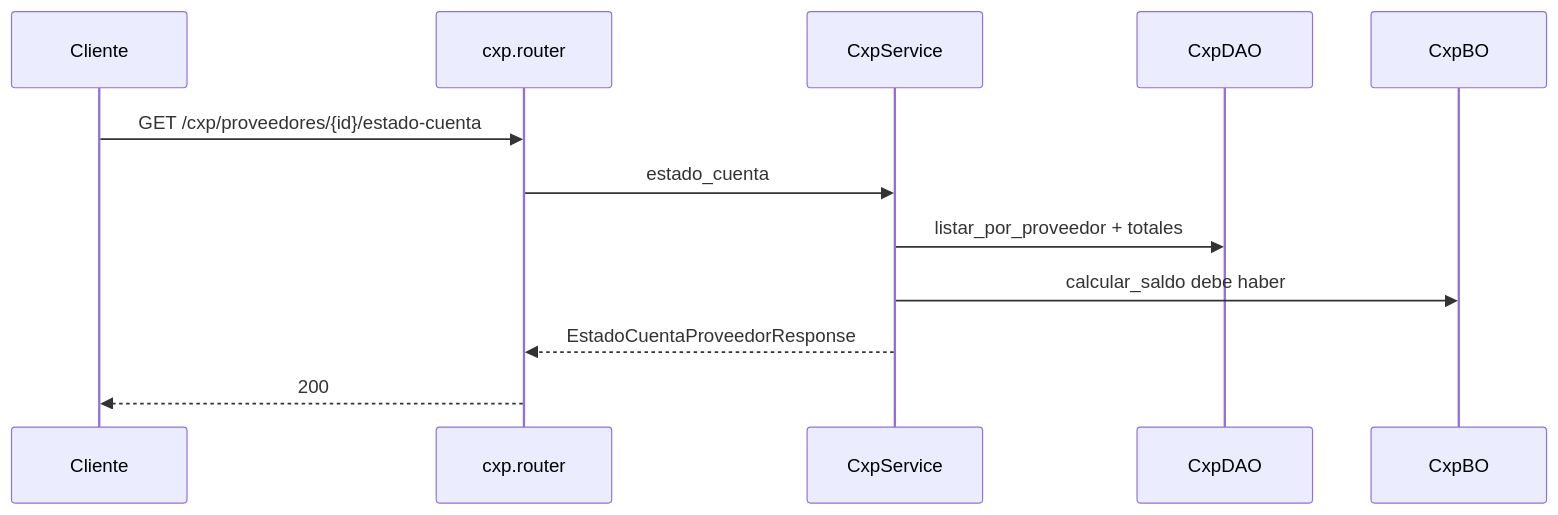
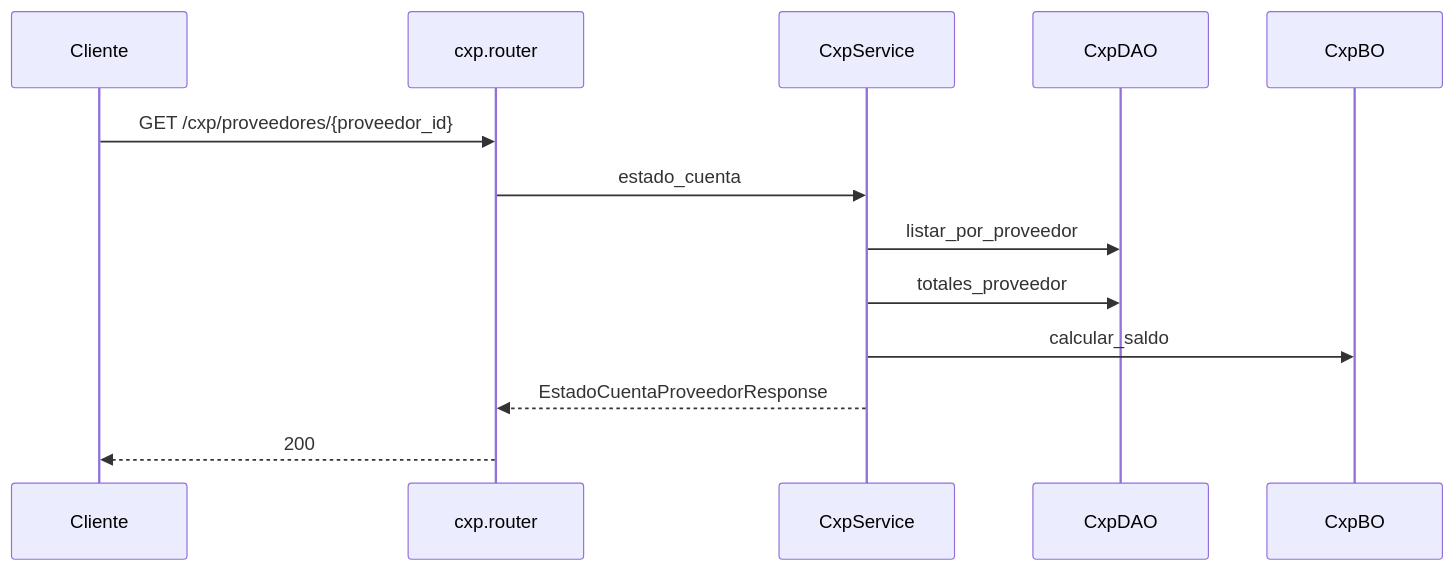
One commit to estsan3/ventas360-api changed the second of 2 diagrams in docs/diagramas/cxp.md. Above: the diagram before and after it, drawn with Mermaid. The commit also changed other lines of this file and 21 other files, not shown here.

First line of the commit message:
docs: re-sincronizar diagramas de secuencia por módulo (2026-11-11)

````diff
--- a/docs/diagramas/cxp.md
+++ b/docs/diagramas/cxp.md
@@ -29,15 +29,16 @@
 ```mermaid
 sequenceDiagram
     participant Cliente
     participant Router as cxp.router
     participant Service as CxpService
     participant DAO as CxpDAO
     participant BO as CxpBO
 
-    Cliente->>Router: GET /cxp/proveedores/{id}/estado-cuenta
+    Cliente->>Router: GET /cxp/proveedores/{proveedor_id}
     Router->>Service: estado_cuenta
-    Service->>DAO: listar_por_proveedor + totales
-    Service->>BO: calcular_saldo debe haber
+    Service->>DAO: listar_por_proveedor
+    Service->>DAO: totales_proveedor
+    Service->>BO: calcular_saldo
     Service-->>Router: EstadoCuentaProveedorResponse
     Router-->>Cliente: 200
 ```
````
